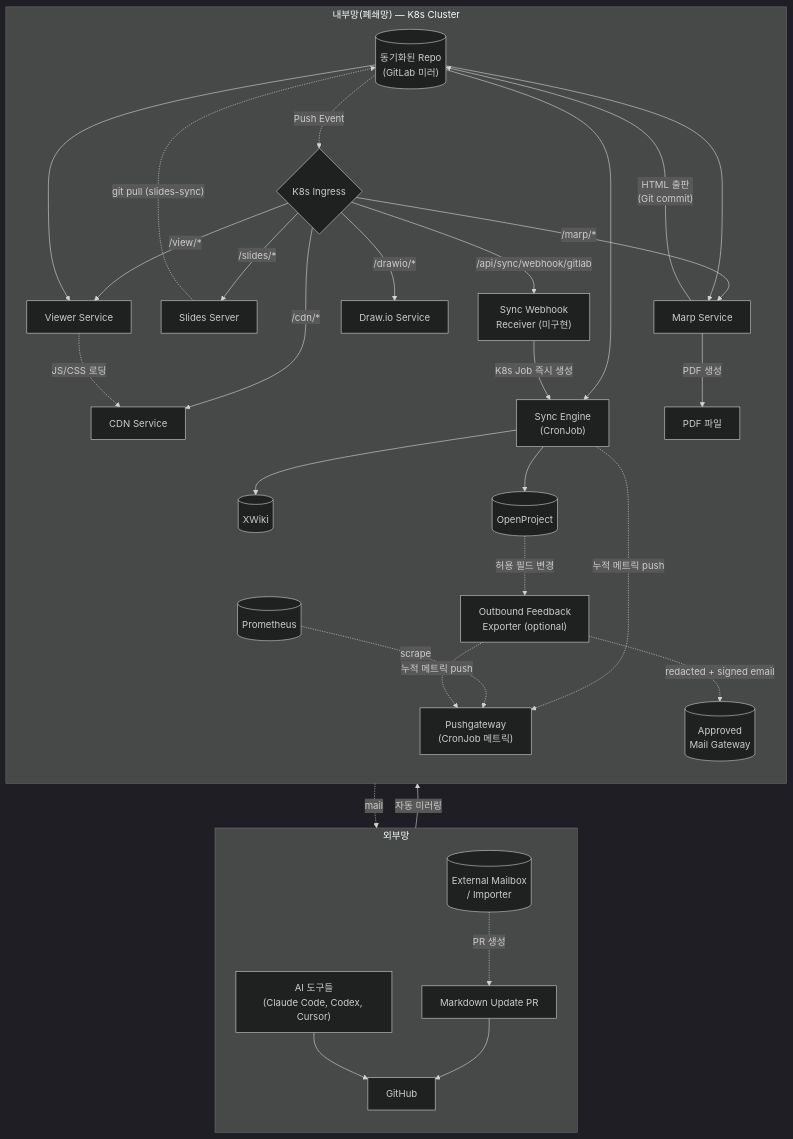
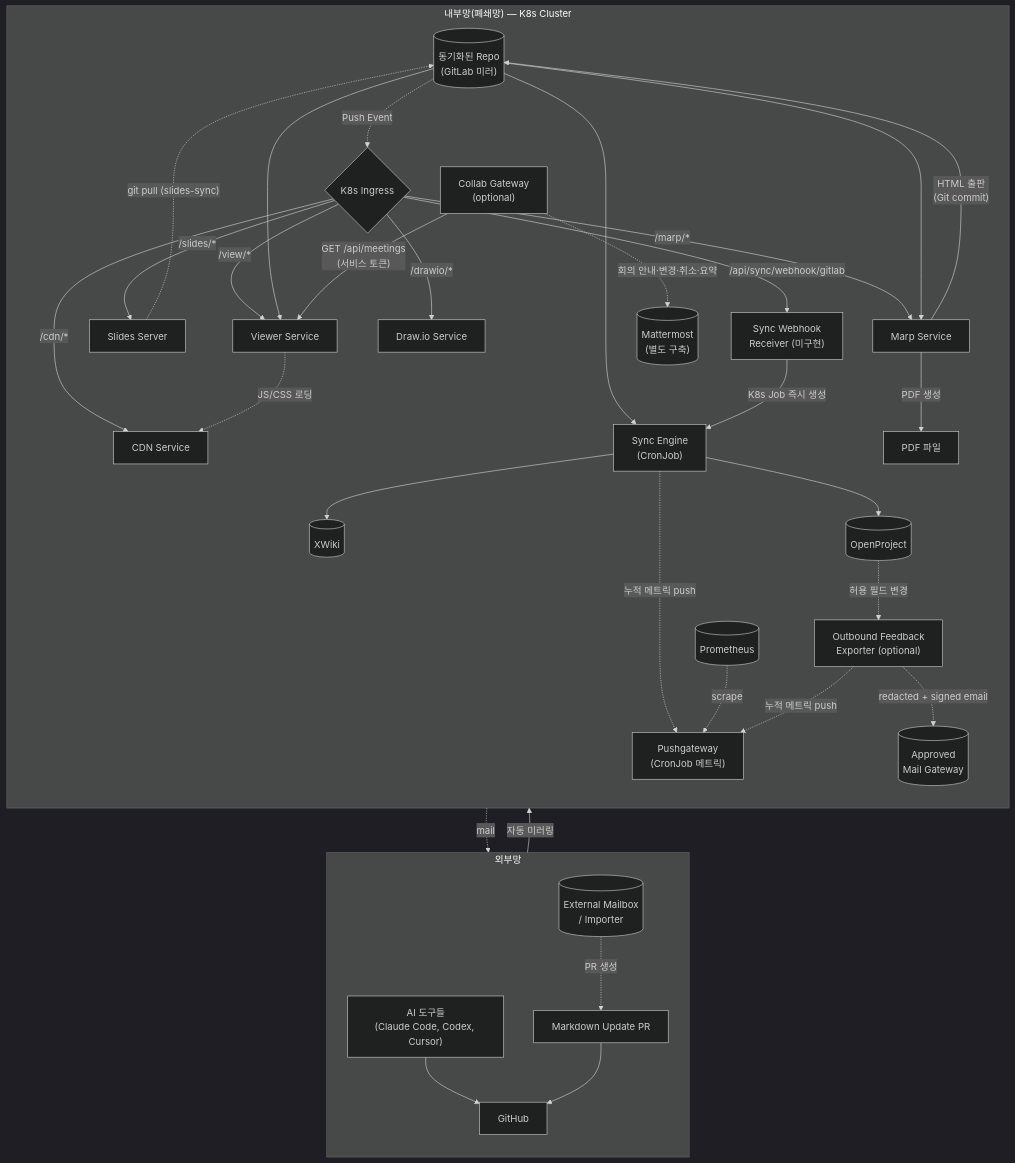
One commit to sch0718/synctx changed the first of 2 diagrams in docs/development.md. Above: the diagram before and after it, drawn with Mermaid (dark theme). The commit also changed other lines of this file and 65 other files, not shown here.

First line of the commit message:
feat: Phase 8 회의 대시보드·Collab Gateway·/synctx 명령을 추가한다 (#66)

````diff
--- a/docs/development.md
+++ b/docs/development.md
@@ -43,68 +43,73 @@
 ```mermaid
 flowchart TB
     subgraph External["외부망"]
         direction TB
         AI["AI 도구들<br>(Claude Code, Codex, Cursor)"]
         GitHub["GitHub"]
         ExternalInbox[("External Mailbox<br>/ Importer")]
         PR["Markdown Update PR"]
 
         AI --> GitHub
         ExternalInbox -. "PR 생성" .-> PR
         PR --> GitHub
     end
 
     subgraph Internal["내부망(폐쇄망) — K8s Cluster"]
         direction TB
         GitLab[("동기화된 Repo<br>(GitLab 미러)")]
         GitHub -- "자동 미러링" --> GitLab
 
         Ingress{"K8s Ingress"}
         Viewer["Viewer Service"]
         CDN["CDN Service"]
         Drawio["Draw.io Service"]
         Marp["Marp Service"]
         Slides["Slides Server"]
         SyncWebhook["Sync Webhook<br>Receiver (미구현)"]
         Sync["Sync Engine<br>(CronJob)"]
         Pushgateway["Pushgateway<br>(CronJob 메트릭)"]
         Prometheus[("Prometheus")]
         Feedback["Outbound Feedback<br>Exporter (optional)"]
+        Gateway["Collab Gateway<br>(optional)"]
+        Mattermost[("Mattermost<br>(별도 구축)")]
         MailGateway[("Approved<br>Mail Gateway")]
 
         XWiki[("XWiki")]
         OP[("OpenProject")]
 
         GitLab -. "Push Event" .-> Ingress
 
         Ingress -- "/view/*" --> Viewer
         Ingress -- "/cdn/*" --> CDN
         Ingress -- "/slides/*" --> Slides
         Ingress -- "/marp/*" --> Marp
         Ingress -- "/drawio/*" --> Drawio
         Ingress -- "/api/sync/webhook/gitlab" --> SyncWebhook
 
         GitLab --> Viewer
         GitLab --> Marp
         GitLab --> Sync
 
         Viewer -. "JS/CSS 로딩" .-> CDN
 
         Marp -- "PDF 생성" --> PDF["PDF 파일"]
         Marp -- "HTML 출판<br>(Git commit)" --> GitLab
 
         Slides -. "git pull (slides-sync)" .-> GitLab
 
         SyncWebhook -- "K8s Job 즉시 생성" --> Sync
         Sync --> XWiki
         Sync --> OP
         Sync -. "누적 메트릭 push" .-> Pushgateway
         Prometheus -. "scrape" .-> Pushgateway
 
         OP -. "허용 필드 변경" .-> Feedback
         Feedback -. "redacted + signed email" .-> MailGateway
         Feedback -. "누적 메트릭 push" .-> Pushgateway
+
+        Gateway -- "GET /api/meetings<br>(서비스 토큰)" --> Viewer
+        Gateway -. "회의 안내·변경·취소·요약" .-> Mattermost
     end
 
     MailGateway -. "mail" .-> ExternalInbox
 ```
````
